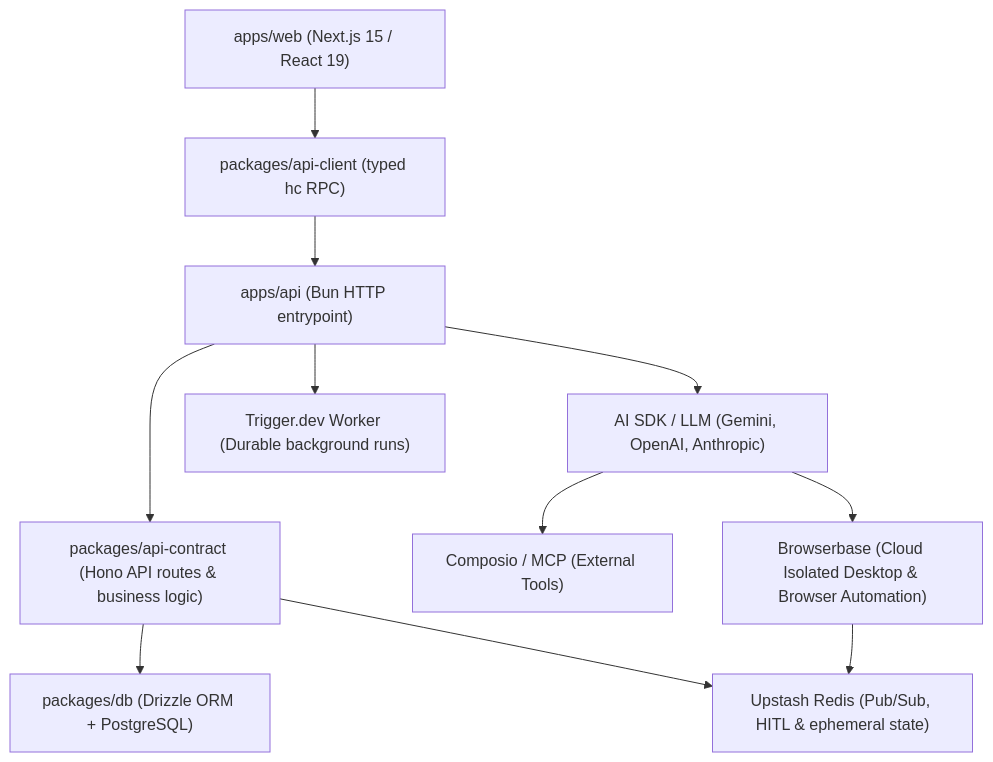
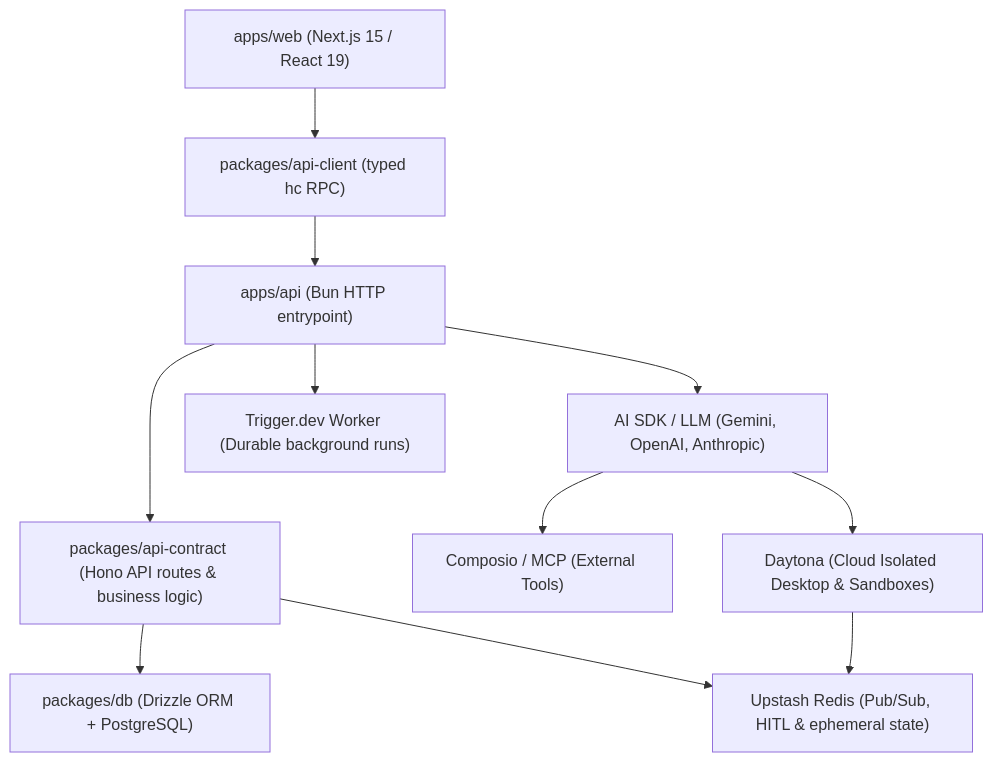
One commit to r2hu1/openbots changed the diagram in KNOWLEDGE.md. Above: the diagram before and after it, drawn with Mermaid. The commit also changed other lines of this file, not shown here.

Commit message:
docs: update knowledge base references to daytona

````diff
--- a/KNOWLEDGE.md
+++ b/KNOWLEDGE.md
@@ -17,24 +17,24 @@
 ```mermaid
 graph TD
     Client["apps/web (Next.js 15 / React 19)"]
     APIClient["packages/api-client (typed hc RPC)"]
     API["apps/api (Bun HTTP entrypoint)"]
     Contract["packages/api-contract (Hono API routes & business logic)"]
     DB["packages/db (Drizzle ORM + PostgreSQL)"]
     Redis["Upstash Redis (Pub/Sub, HITL & ephemeral state)"]
     AI["AI SDK / LLM (Gemini, OpenAI, Anthropic)"]
     Trigger["Trigger.dev Worker (Durable background runs)"]
     Composio["Composio / MCP (External Tools)"]
-    Browserbase["Browserbase (Cloud Isolated Desktop & Browser Automation)"]
+    Daytona["Daytona (Cloud Isolated Desktop & Sandboxes)"]
 
     Client --> APIClient
     APIClient --> API
     API --> Contract
     Contract --> DB
     Contract --> Redis
     API --> AI
     API --> Trigger
     AI --> Composio
-    AI --> Browserbase
-    Browserbase --> Redis
+    AI --> Daytona
+    Daytona --> Redis
 ```
````
